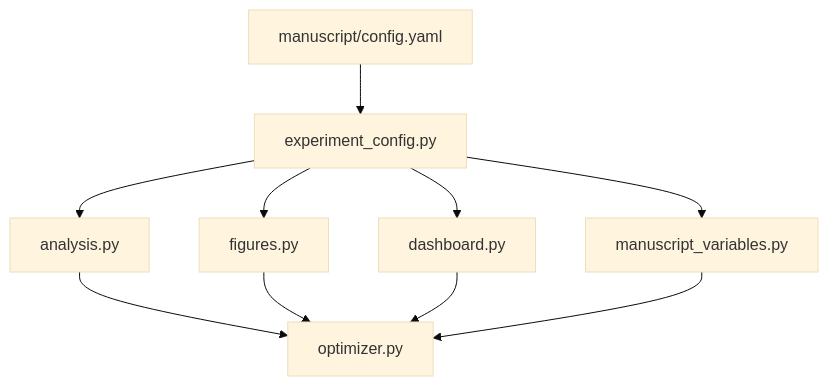
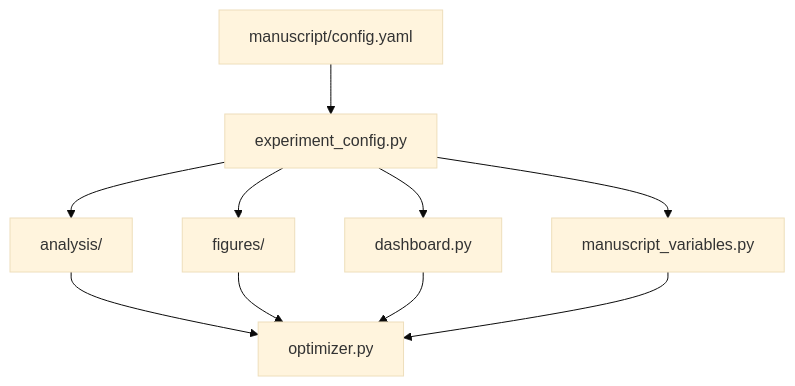
The diagram in projects/template_code_project/src/README.md (docxology/template), drawn with Mermaid (base theme) before and after one commit. The commit also changed other lines of this file and 580 other files, not shown here.

````diff
--- a/projects/template_code_project/src/README.md
+++ b/projects/template_code_project/src/README.md
@@ -66,13 +66,13 @@
 ```mermaid
 graph TD
     YAML[manuscript/config.yaml] --> CFG[experiment_config.py]
-    CFG --> ANA[analysis.py]
-    CFG --> FIG[figures.py]
+    CFG --> ANA[analysis/]
+    CFG --> FIG[figures/]
     CFG --> DASH[dashboard.py]
     CFG --> VARS[manuscript_variables.py]
 
     ANA --> OPT[optimizer.py]
     FIG --> OPT
     DASH --> OPT
     VARS --> OPT
 ```
````
